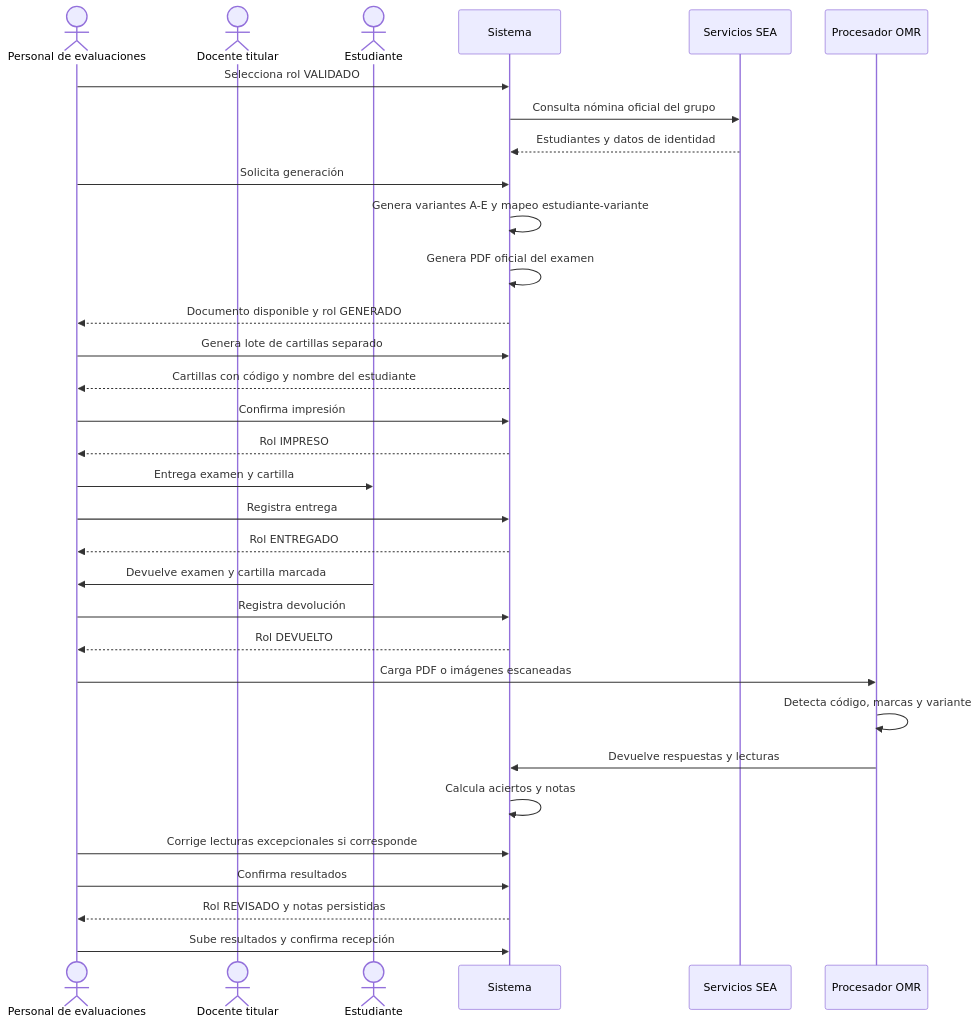
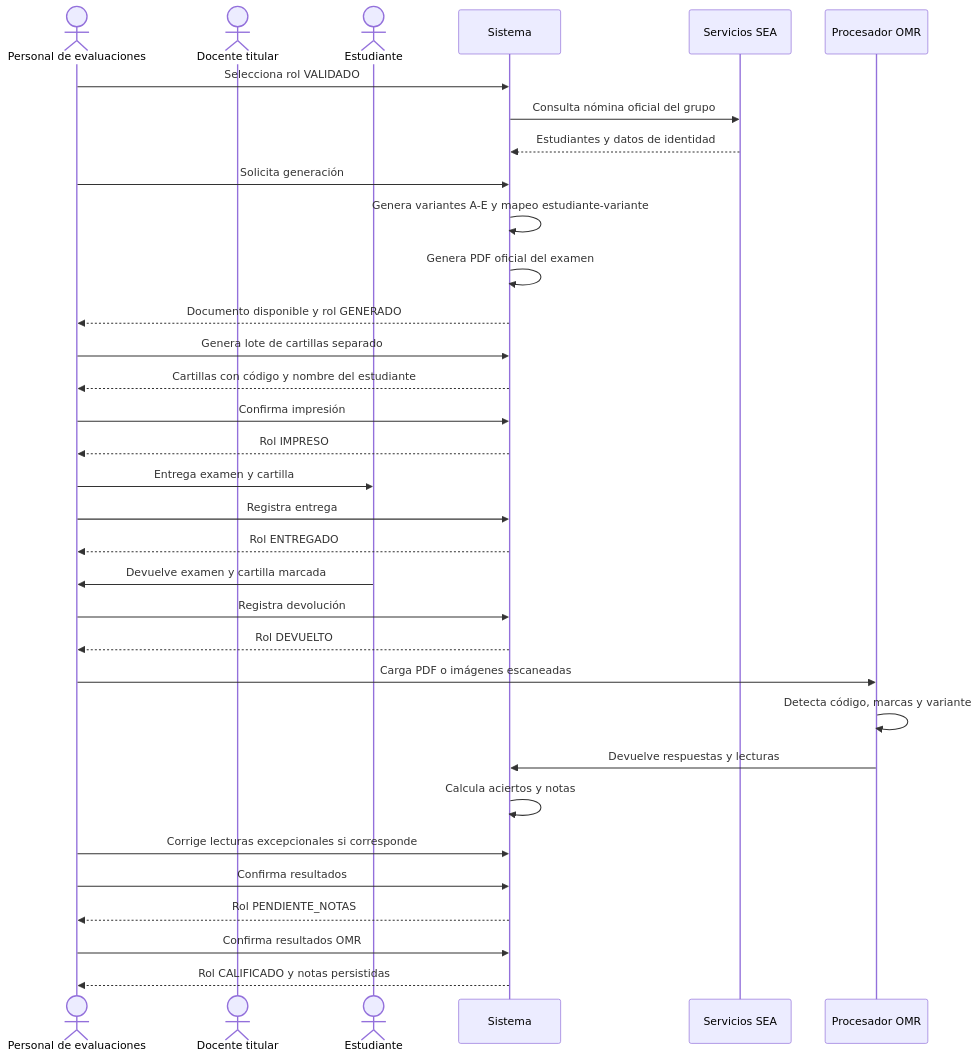
The second of 4 diagrams in docs/flujo-secuencia-uso-examenes.md (4R13L-D3NY5/evaluaciones), drawn with Mermaid before and after one commit. The commit also changed other lines of this file and 31 other files, not shown here.

````diff
--- a/docs/flujo-secuencia-uso-examenes.md
+++ b/docs/flujo-secuencia-uso-examenes.md
@@ -91,35 +90,36 @@
 ```mermaid
 sequenceDiagram
     actor Personal as Personal de evaluaciones
     actor Docente as Docente titular
     actor Estudiante as Estudiante
     participant Sistema as Sistema
     participant SEA as Servicios SEA
     participant OMR as Procesador OMR
 
     Personal->>Sistema: Selecciona rol VALIDADO
     Sistema->>SEA: Consulta nómina oficial del grupo
     SEA-->>Sistema: Estudiantes y datos de identidad
     Personal->>Sistema: Solicita generación
     Sistema->>Sistema: Genera variantes A-E y mapeo estudiante-variante
     Sistema->>Sistema: Genera PDF oficial del examen
     Sistema-->>Personal: Documento disponible y rol GENERADO
     Personal->>Sistema: Genera lote de cartillas separado
     Sistema-->>Personal: Cartillas con código y nombre del estudiante
     Personal->>Sistema: Confirma impresión
     Sistema-->>Personal: Rol IMPRESO
     Personal->>Estudiante: Entrega examen y cartilla
     Personal->>Sistema: Registra entrega
     Sistema-->>Personal: Rol ENTREGADO
     Estudiante->>Personal: Devuelve examen y cartilla marcada
     Personal->>Sistema: Registra devolución
     Sistema-->>Personal: Rol DEVUELTO
     Personal->>OMR: Carga PDF o imágenes escaneadas
     OMR->>OMR: Detecta código, marcas y variante
     OMR->>Sistema: Devuelve respuestas y lecturas
     Sistema->>Sistema: Calcula aciertos y notas
     Personal->>Sistema: Corrige lecturas excepcionales si corresponde
     Personal->>Sistema: Confirma resultados
-    Sistema-->>Personal: Rol REVISADO y notas persistidas
-    Personal->>Sistema: Sube resultados y confirma recepción
+    Sistema-->>Personal: Rol PENDIENTE_NOTAS
+    Personal->>Sistema: Confirma resultados OMR
+    Sistema-->>Personal: Rol CALIFICADO y notas persistidas
 ```
````
